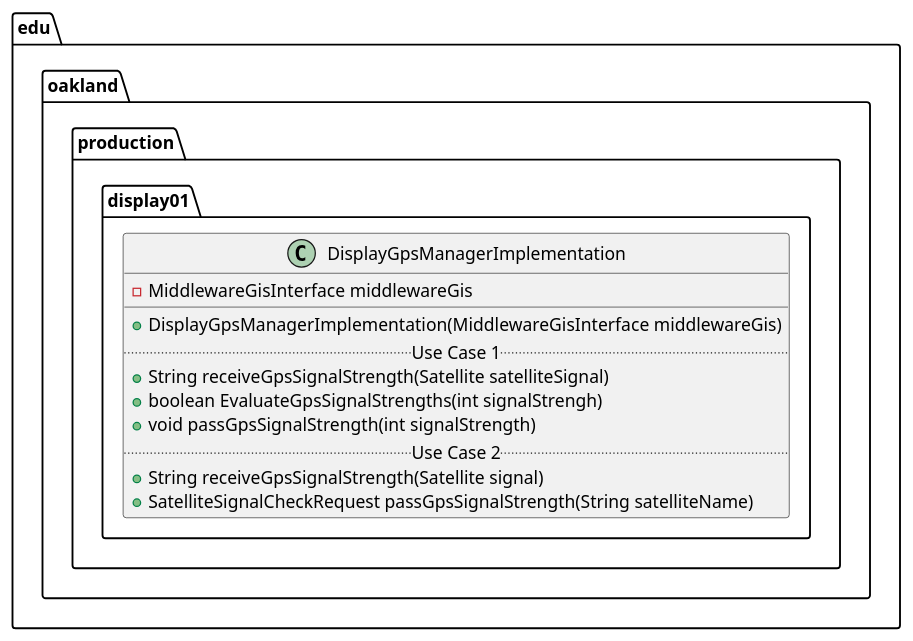
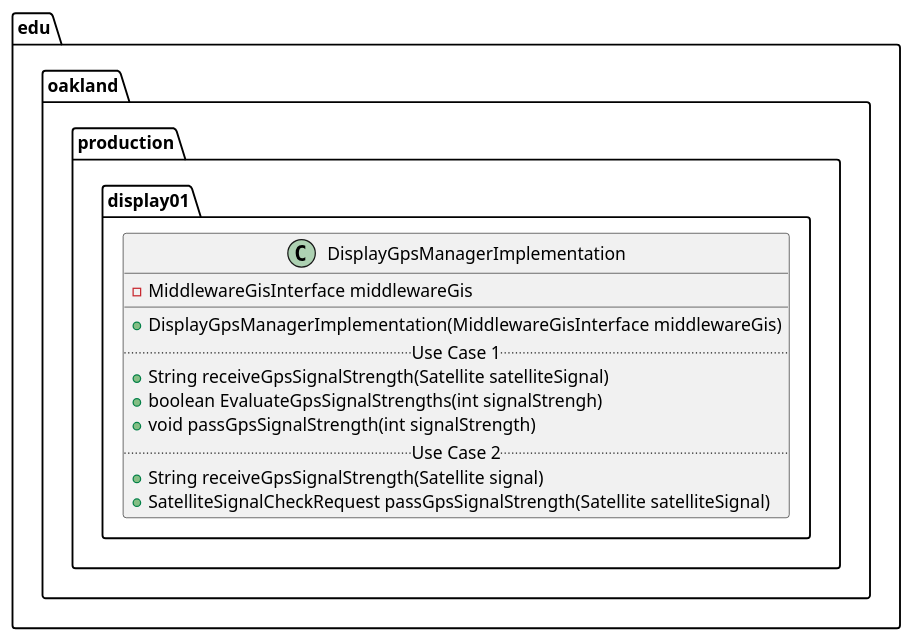
Before and after one commit to andrewdimmer/csi-3370-software-project: the diagram in docs/uml-class-diagrams/display01/production/DisplayGpsManagerImplementation/DisplayGpsManagerImplementation.puml, drawn with PlantUML. The commit also changed 2 other files, not shown here.

```diff
--- a/docs/uml-class-diagrams/display01/production/DisplayGpsManagerImplementation/DisplayGpsManagerImplementation.puml
+++ b/docs/uml-class-diagrams/display01/production/DisplayGpsManagerImplementation/DisplayGpsManagerImplementation.puml
@@ -1,18 +1,18 @@
 @startuml DisplayGpsManagerImplementation
 
 package edu.oakland.production.display01 {
   class DisplayGpsManagerImplementation {
     - MiddlewareGisInterface middlewareGis
    __
     + DisplayGpsManagerImplementation(MiddlewareGisInterface middlewareGis)
     .. Use Case 1 ..
     + String receiveGpsSignalStrength(Satellite satelliteSignal)
     + boolean EvaluateGpsSignalStrengths(int signalStrengh)
     + void passGpsSignalStrength(int signalStrength)
     .. Use Case 2 ..
     + String receiveGpsSignalStrength(Satellite signal)
-    + SatelliteSignalCheckRequest passGpsSignalStrength(String satelliteName)
+    + SatelliteSignalCheckRequest passGpsSignalStrength(Satellite satelliteSignal)
     }
 }
 
 @enduml
```
